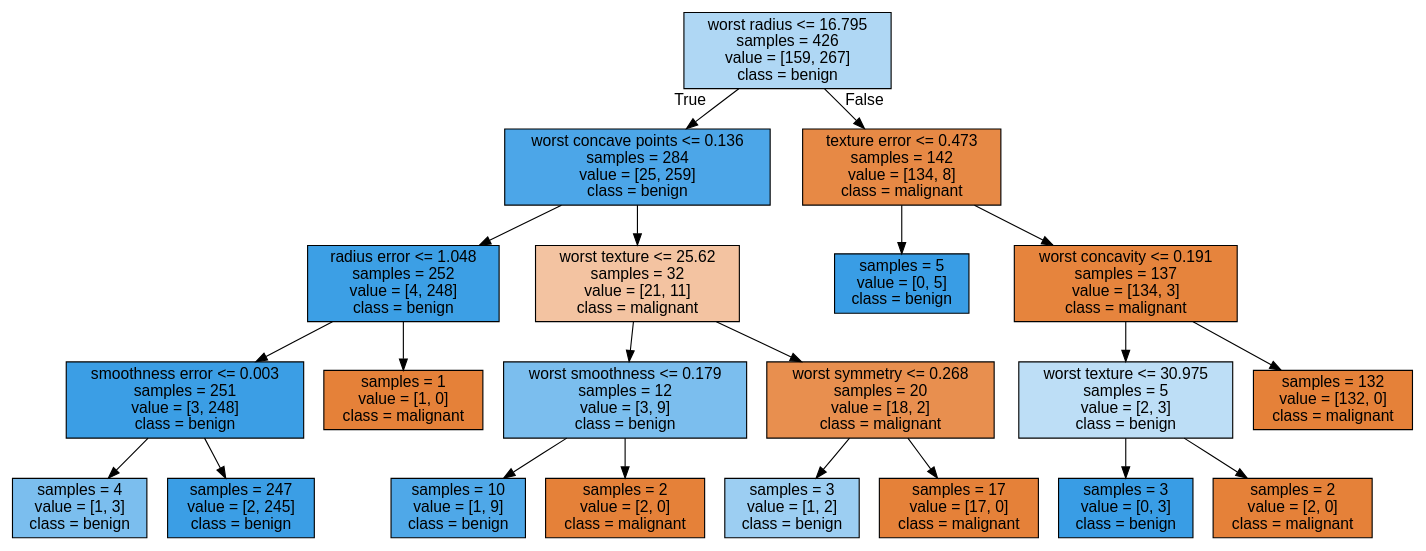
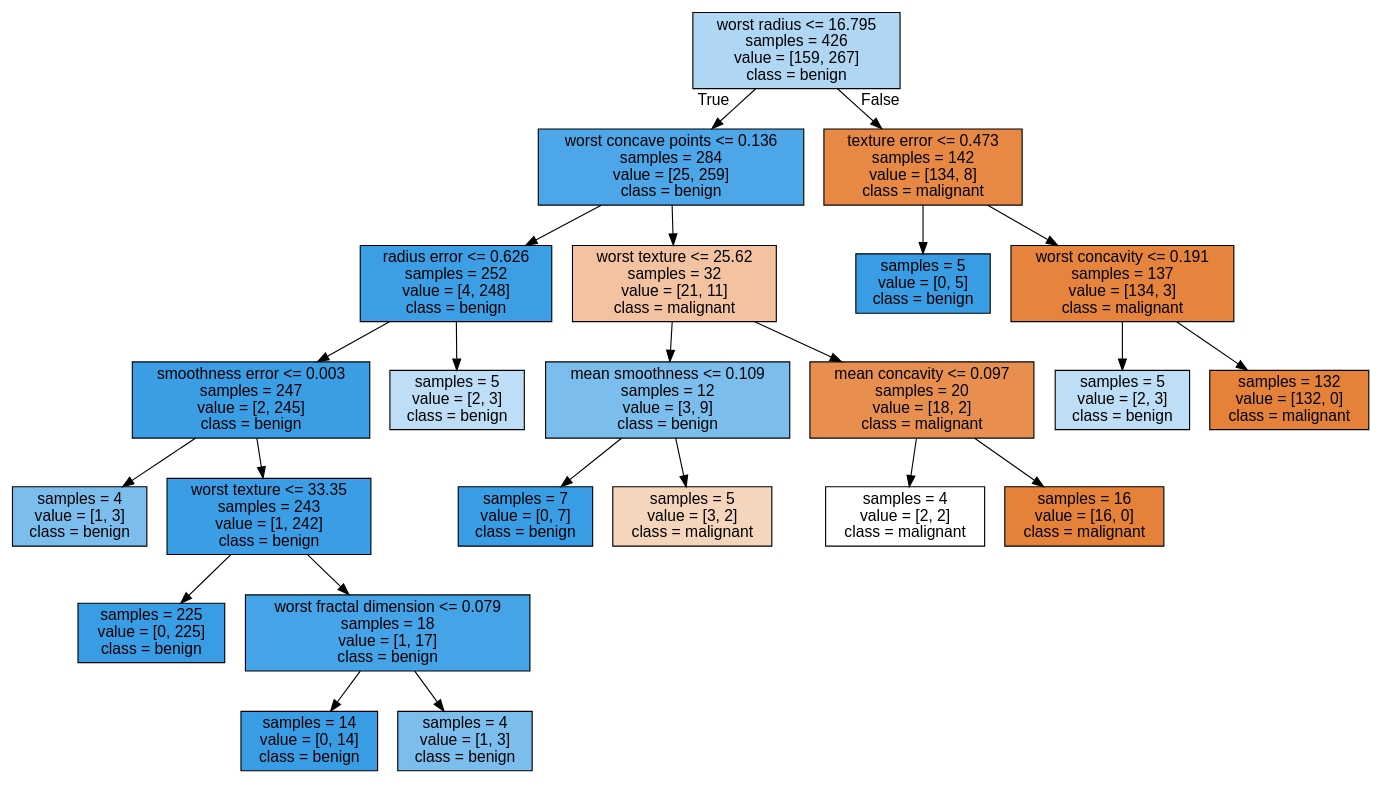
Before and after one commit to Rasel-25/Book-s-Code: the diagram in Introduction to Machine Learning with Python/tree.dot, drawn with Graphviz. The commit also changed 3 other files, not shown here.

```diff
--- a/Introduction to Machine Learning with Python/tree.dot
+++ b/Introduction to Machine Learning with Python/tree.dot
@@ -1,45 +1,49 @@
 digraph Tree {
 node [shape=box, style="filled", color="black", fontname="helvetica"] ;
 edge [fontname="helvetica"] ;
 0 [label="worst radius <= 16.795\nsamples = 426\nvalue = [159, 267]\nclass = benign", fillcolor="#afd7f4"] ;
 1 [label="worst concave points <= 0.136\nsamples = 284\nvalue = [25, 259]\nclass = benign", fillcolor="#4ca6e8"] ;
 0 -> 1 [labeldistance=2.5, labelangle=45, headlabel="True"] ;
-2 [label="radius error <= 1.048\nsamples = 252\nvalue = [4, 248]\nclass = benign", fillcolor="#3c9fe5"] ;
+2 [label="radius error <= 0.626\nsamples = 252\nvalue = [4, 248]\nclass = benign", fillcolor="#3c9fe5"] ;
 1 -> 2 ;
-3 [label="smoothness error <= 0.003\nsamples = 251\nvalue = [3, 248]\nclass = benign", fillcolor="#3b9ee5"] ;
+3 [label="smoothness error <= 0.003\nsamples = 247\nvalue = [2, 245]\nclass = benign", fillcolor="#3b9ee5"] ;
 2 -> 3 ;
 4 [label="samples = 4\nvalue = [1, 3]\nclass = benign", fillcolor="#7bbeee"] ;
 3 -> 4 ;
-5 [label="samples = 247\nvalue = [2, 245]\nclass = benign", fillcolor="#3b9ee5"] ;
+5 [label="worst texture <= 33.35\nsamples = 243\nvalue = [1, 242]\nclass = benign", fillcolor="#3a9de5"] ;
 3 -> 5 ;
-6 [label="samples = 1\nvalue = [1, 0]\nclass = malignant", fillcolor="#e58139"] ;
-2 -> 6 ;
-7 [label="worst texture <= 25.62\nsamples = 32\nvalue = [21, 11]\nclass = malignant", fillcolor="#f3c3a1"] ;
-1 -> 7 ;
-8 [label="worst smoothness <= 0.179\nsamples = 12\nvalue = [3, 9]\nclass = benign", fillcolor="#7bbeee"] ;
+6 [label="samples = 225\nvalue = [0, 225]\nclass = benign", fillcolor="#399de5"] ;
+5 -> 6 ;
+7 [label="worst fractal dimension <= 0.079\nsamples = 18\nvalue = [1, 17]\nclass = benign", fillcolor="#45a3e7"] ;
+5 -> 7 ;
+8 [label="samples = 14\nvalue = [0, 14]\nclass = benign", fillcolor="#399de5"] ;
 7 -> 8 ;
-9 [label="samples = 10\nvalue = [1, 9]\nclass = benign", fillcolor="#4fa8e8"] ;
-8 -> 9 ;
-10 [label="samples = 2\nvalue = [2, 0]\nclass = malignant", fillcolor="#e58139"] ;
-8 -> 10 ;
-11 [label="worst symmetry <= 0.268\nsamples = 20\nvalue = [18, 2]\nclass = malignant", fillcolor="#e88f4f"] ;
-7 -> 11 ;
-12 [label="samples = 3\nvalue = [1, 2]\nclass = benign", fillcolor="#9ccef2"] ;
+9 [label="samples = 4\nvalue = [1, 3]\nclass = benign", fillcolor="#7bbeee"] ;
+7 -> 9 ;
+10 [label="samples = 5\nvalue = [2, 3]\nclass = benign", fillcolor="#bddef6"] ;
+2 -> 10 ;
+11 [label="worst texture <= 25.62\nsamples = 32\nvalue = [21, 11]\nclass = malignant", fillcolor="#f3c3a1"] ;
+1 -> 11 ;
+12 [label="mean smoothness <= 0.109\nsamples = 12\nvalue = [3, 9]\nclass = benign", fillcolor="#7bbeee"] ;
 11 -> 12 ;
-13 [label="samples = 17\nvalue = [17, 0]\nclass = malignant", fillcolor="#e58139"] ;
-11 -> 13 ;
-14 [label="texture error <= 0.473\nsamples = 142\nvalue = [134, 8]\nclass = malignant", fillcolor="#e78945"] ;
-0 -> 14 [labeldistance=2.5, labelangle=-45, headlabel="False"] ;
-15 [label="samples = 5\nvalue = [0, 5]\nclass = benign", fillcolor="#399de5"] ;
-14 -> 15 ;
-16 [label="worst concavity <= 0.191\nsamples = 137\nvalue = [134, 3]\nclass = malignant", fillcolor="#e6843d"] ;
-14 -> 16 ;
-17 [label="worst texture <= 30.975\nsamples = 5\nvalue = [2, 3]\nclass = benign", fillcolor="#bddef6"] ;
-16 -> 17 ;
-18 [label="samples = 3\nvalue = [0, 3]\nclass = benign", fillcolor="#399de5"] ;
-17 -> 18 ;
-19 [label="samples = 2\nvalue = [2, 0]\nclass = malignant", fillcolor="#e58139"] ;
-17 -> 19 ;
-20 [label="samples = 132\nvalue = [132, 0]\nclass = malignant", fillcolor="#e58139"] ;
-16 -> 20 ;
+13 [label="samples = 7\nvalue = [0, 7]\nclass = benign", fillcolor="#399de5"] ;
+12 -> 13 ;
+14 [label="samples = 5\nvalue = [3, 2]\nclass = malignant", fillcolor="#f6d5bd"] ;
+12 -> 14 ;
+15 [label="mean concavity <= 0.097\nsamples = 20\nvalue = [18, 2]\nclass = malignant", fillcolor="#e88f4f"] ;
+11 -> 15 ;
+16 [label="samples = 4\nvalue = [2, 2]\nclass = malignant", fillcolor="#ffffff"] ;
+15 -> 16 ;
+17 [label="samples = 16\nvalue = [16, 0]\nclass = malignant", fillcolor="#e58139"] ;
+15 -> 17 ;
+18 [label="texture error <= 0.473\nsamples = 142\nvalue = [134, 8]\nclass = malignant", fillcolor="#e78945"] ;
+0 -> 18 [labeldistance=2.5, labelangle=-45, headlabel="False"] ;
+19 [label="samples = 5\nvalue = [0, 5]\nclass = benign", fillcolor="#399de5"] ;
+18 -> 19 ;
+20 [label="worst concavity <= 0.191\nsamples = 137\nvalue = [134, 3]\nclass = malignant", fillcolor="#e6843d"] ;
+18 -> 20 ;
+21 [label="samples = 5\nvalue = [2, 3]\nclass = benign", fillcolor="#bddef6"] ;
+20 -> 21 ;
+22 [label="samples = 132\nvalue = [132, 0]\nclass = malignant", fillcolor="#e58139"] ;
+20 -> 22 ;
 }
```
